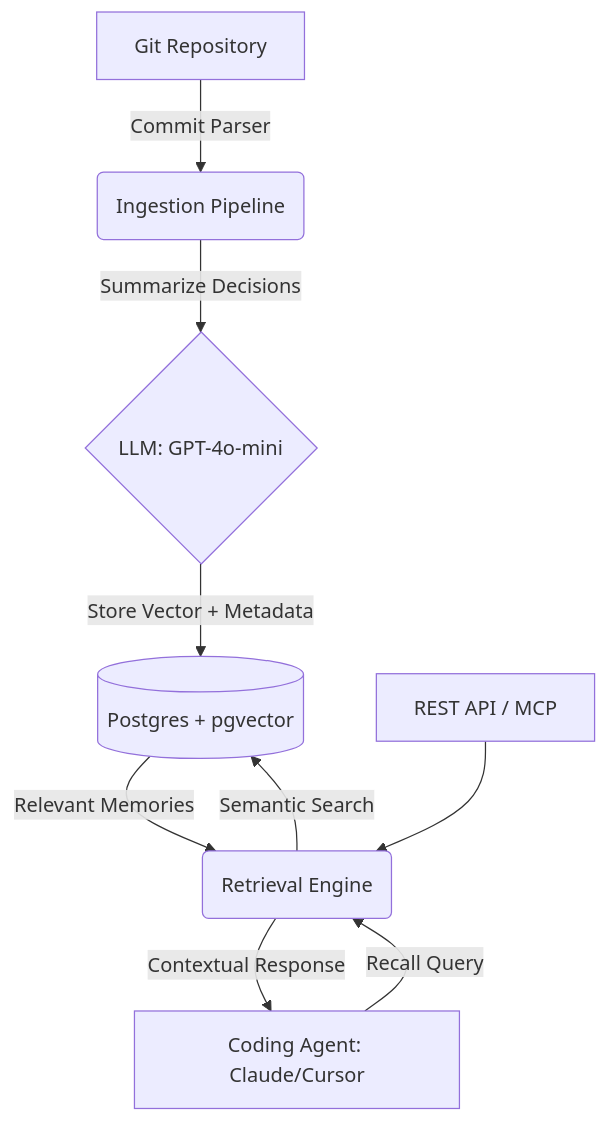
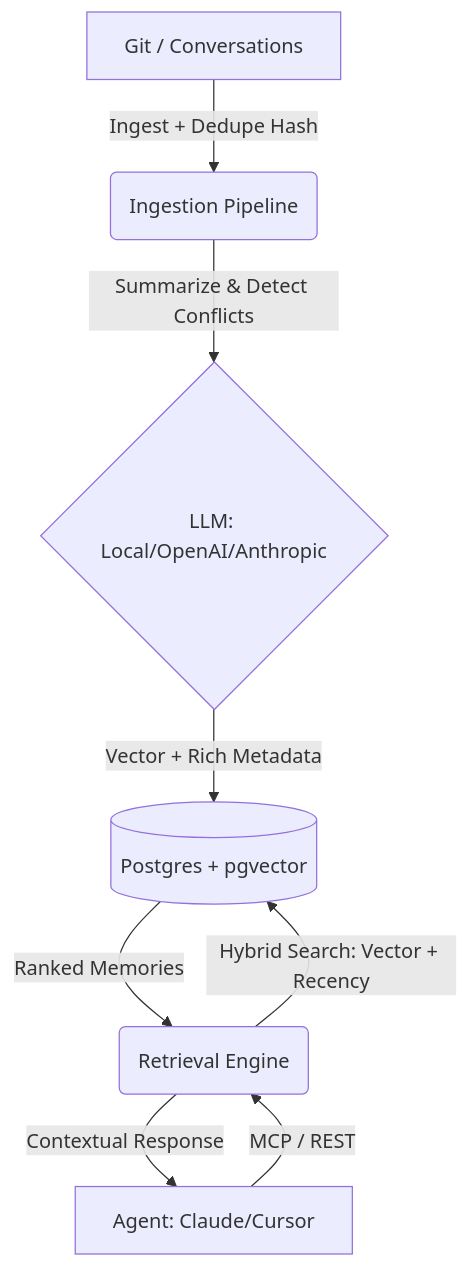
Before and after one commit to NishantJLU/ai-memory-layer: the diagram in README.md, drawn with Mermaid. The commit also changed other lines of this file and 15 other files, not shown here.

Commit message:
feat: Massive architectural upgrade (Multi-provider, Auth, Hybrid Recall, Deduplication, MCP expansion, SDK, Dashboard, Tests)

````diff
--- a/README.md
+++ b/README.md
@@ -6,11 +13,10 @@
 ```mermaid
 graph TD
-    A[Git Repository] -->|Commit Parser| B(Ingestion Pipeline)
-    B -->|Summarize Decisions| C{LLM: GPT-4o-mini}
-    C -->|Store Vector + Metadata| D[(Postgres + pgvector)]
-    E[Coding Agent: Claude/Cursor] -->|Recall Query| F(Retrieval Engine)
-    F -->|Semantic Search| D
-    D -->|Relevant Memories| F
+    A[Git / Conversations] -->|Ingest + Dedupe Hash| B(Ingestion Pipeline)
+    B -->|Summarize & Detect Conflicts| C{LLM: Local/OpenAI/Anthropic}
+    C -->|Vector + Rich Metadata| D[(Postgres + pgvector)]
+    E[Agent: Claude/Cursor] -->|MCP / REST| F(Retrieval Engine)
+    F -->|Hybrid Search: Vector + Recency| D
+    D -->|Ranked Memories| F
     F -->|Contextual Response| E
-    G[REST API / MCP] --> F
 ```
````
